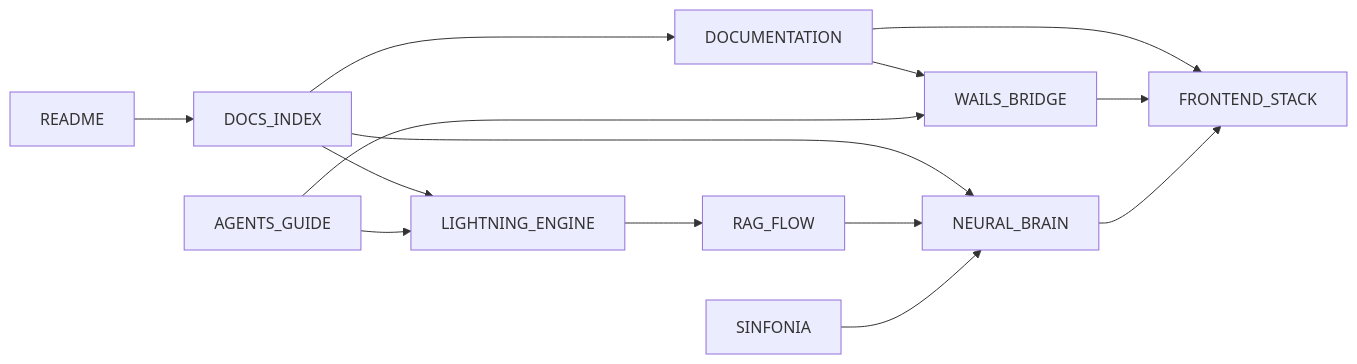
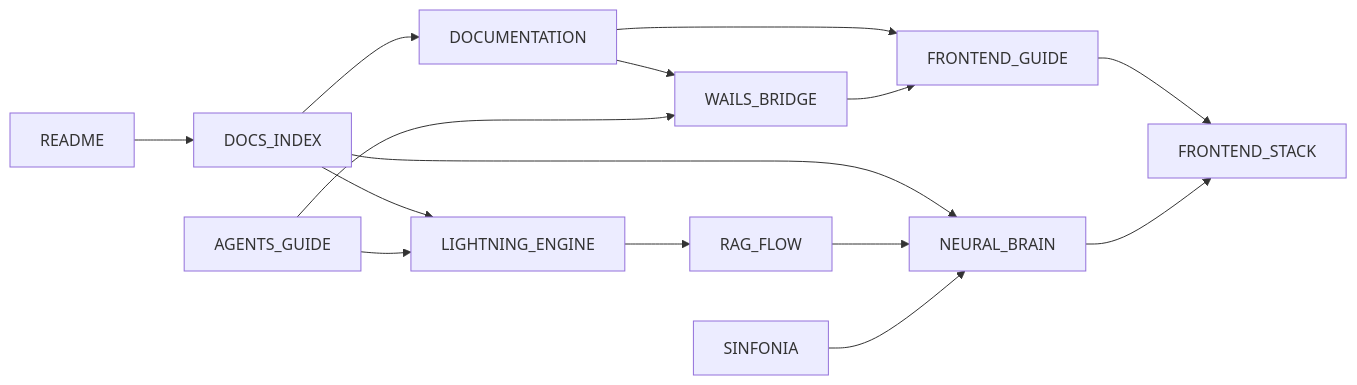
The diagram in docs/DOCS_INDEX.md (DFN-master/Lumaestro), drawn with Mermaid before and after one commit. The commit also changed other lines of this file and 11 other files, not shown here.

````diff
--- a/docs/DOCS_INDEX.md
+++ b/docs/DOCS_INDEX.md
@@ -65,16 +66,17 @@
 ```mermaid
 graph LR
     README --> DOCS_INDEX
     DOCS_INDEX --> DOCUMENTATION
     DOCS_INDEX --> NEURAL_BRAIN
     DOCS_INDEX --> LIGHTNING_ENGINE
     DOCUMENTATION --> WAILS_BRIDGE
-    DOCUMENTATION --> FRONTEND_STACK
-    WAILS_BRIDGE --> FRONTEND_STACK
+    DOCUMENTATION --> FRONTEND_GUIDE
+    WAILS_BRIDGE --> FRONTEND_GUIDE
+    FRONTEND_GUIDE --> FRONTEND_STACK
     AGENTS_GUIDE --> LIGHTNING_ENGINE
     AGENTS_GUIDE --> WAILS_BRIDGE
     RAG_FLOW --> NEURAL_BRAIN
     LIGHTNING_ENGINE --> RAG_FLOW
     NEURAL_BRAIN --> FRONTEND_STACK
     SINFONIA --> NEURAL_BRAIN
 ```
````
